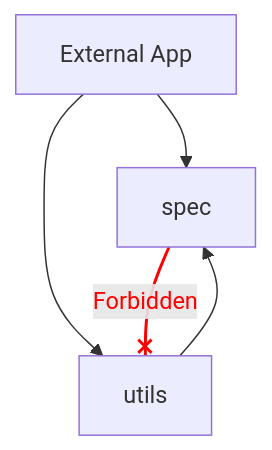
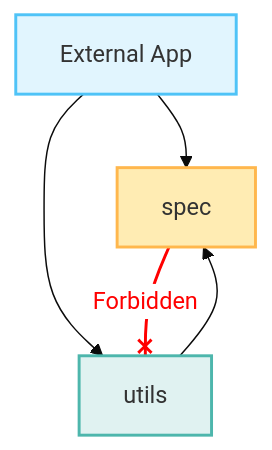
One commit to CoReason-AI/coreason-manifest changed the diagram in docs/package_structure.md. Above: the diagram before and after it, drawn with Mermaid. The commit also changed 3 other files, not shown here.

First line of the commit message:
docs: Add SOTA Mermaid class diagrams for architecture visualization

````diff
--- a/docs/package_structure.md
+++ b/docs/package_structure.md
@@ -79,15 +79,28 @@
 ```mermaid
 graph TD
+    %% SOTA Styling Init
+    %%{init: {'theme': 'base', 'themeVariables': { 'primaryColor': '#ffecb3', 'edgeLabelBackground':'#ffffff', 'tertiaryColor': '#e1f5fe'}}}%%
+
     External_App[External App]
     spec[spec]
     utils[utils]
 
     External_App --> spec
     External_App --> utils
     utils --> spec
 
     %% Forbidden dependency
     spec --x|Forbidden| utils
 
+    %% Styling Classes
+    classDef app fill:#e1f5fe,stroke:#4fc3f7,stroke-width:2px;
+    classDef kernel fill:#ffecb3,stroke:#ffb74d,stroke-width:2px;
+    classDef logic fill:#e0f2f1,stroke:#4db6ac,stroke-width:2px;
+
+    %% Apply Styles
+    class External_App app;
+    class spec kernel;
+    class utils logic;
+
     linkStyle 3 stroke:red,stroke-width:2px,color:red;
 ```
````
